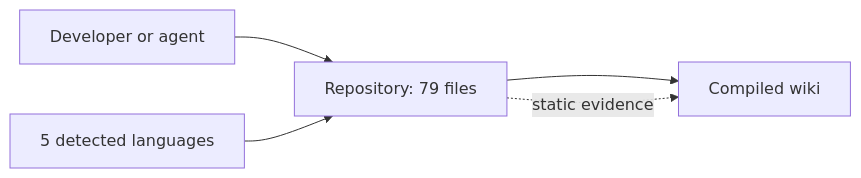
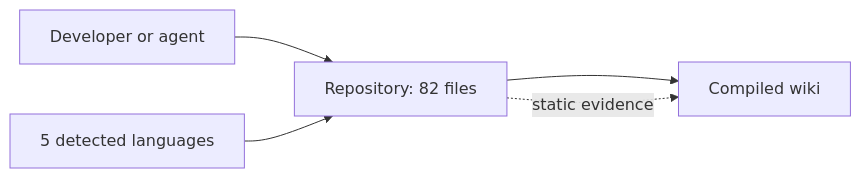
Before and after one commit to NMA-vc/klaar: the first of 4 diagrams in .klaar/wiki/technical/architecture.md, drawn with Mermaid. The commit also changed other lines of this file and 44 other files, not shown here.

````diff
--- a/.klaar/wiki/technical/architecture.md
+++ b/.klaar/wiki/technical/architecture.md
@@ -79,7 +79,7 @@
 ```mermaid
 flowchart LR
-  developer[Developer or agent] --> repository[Repository: 79 files]
+  developer[Developer or agent] --> repository[Repository: 82 files]
   repository --> artifacts[Compiled wiki]
   repository -. static evidence .-> artifacts
   languages[5 detected languages] --> repository
 ```
````
